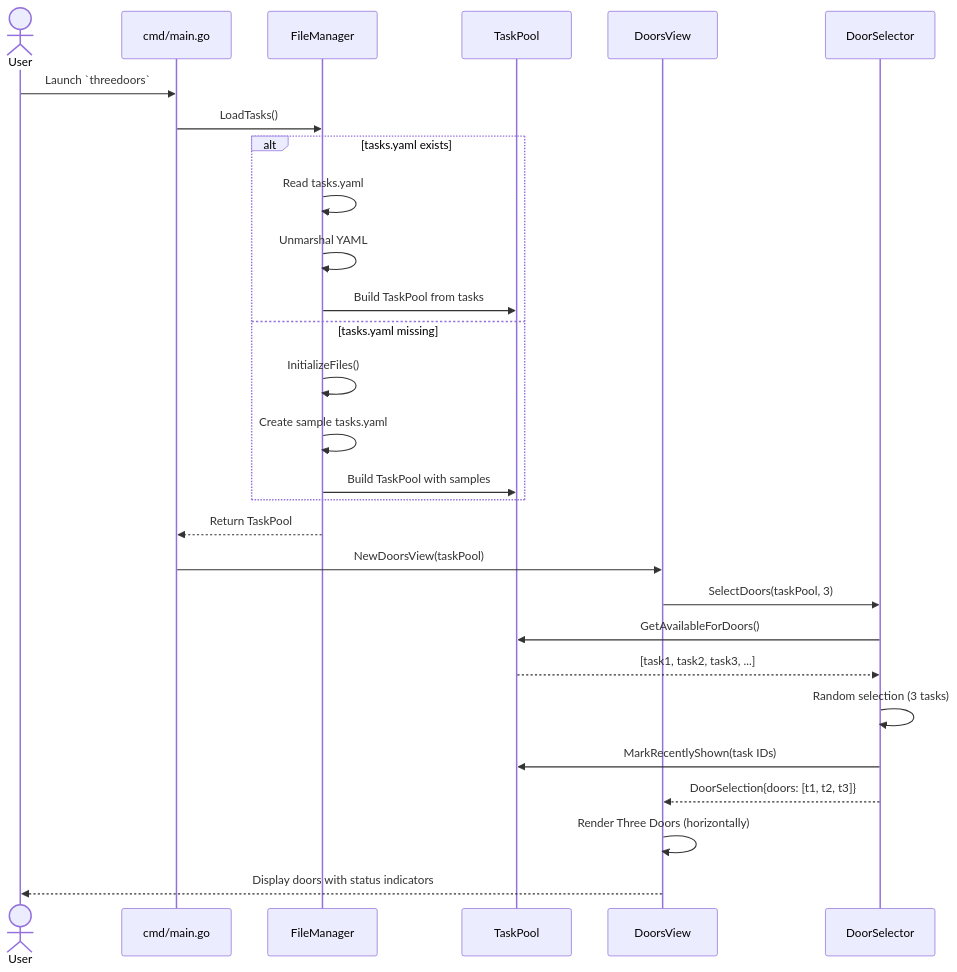
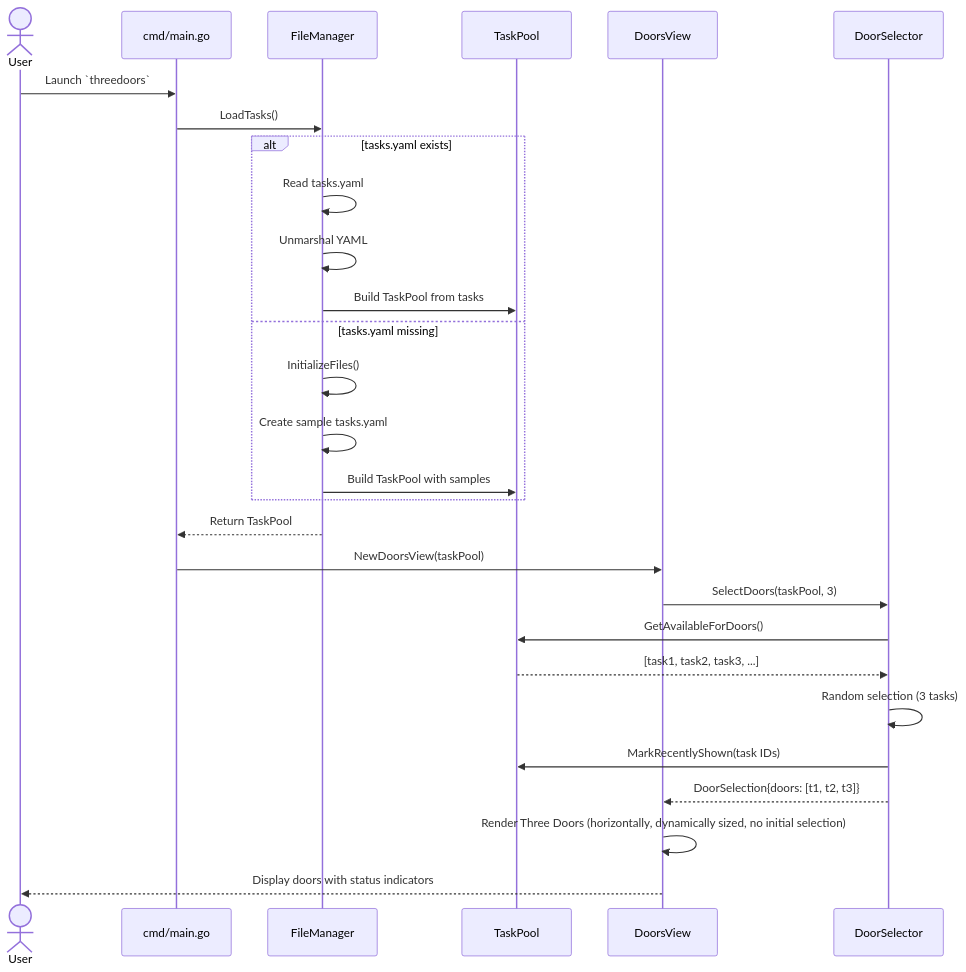
The first of 6 diagrams in docs/architecture/core-workflows.md (arcaven/ThreeDoors), drawn with Mermaid before and after one commit. The commit also changed other lines of this file and 6 other files, not shown here.

First line of the commit message:
docs: Update PRD, Architecture, and Story 1.2 with user feedback changes

````diff
--- a/docs/architecture/core-workflows.md
+++ b/docs/architecture/core-workflows.md
@@ -5,33 +5,33 @@
 ```mermaid
 sequenceDiagram
     actor User
     participant Main as cmd/main.go
     participant FM as FileManager
     participant TP as TaskPool
     participant DV as DoorsView
     participant DS as DoorSelector
 
     User->>Main: Launch `threedoors`
     Main->>FM: LoadTasks()
 
     alt tasks.yaml exists
         FM->>FM: Read tasks.yaml
         FM->>FM: Unmarshal YAML
         FM->>TP: Build TaskPool from tasks
     else tasks.yaml missing
         FM->>FM: InitializeFiles()
         FM->>FM: Create sample tasks.yaml
         FM->>TP: Build TaskPool with samples
     end
 
     FM-->>Main: Return TaskPool
     Main->>DV: NewDoorsView(taskPool)
     DV->>DS: SelectDoors(taskPool, 3)
     DS->>TP: GetAvailableForDoors()
     TP-->>DS: [task1, task2, task3, ...]
     DS->>DS: Random selection (3 tasks)
     DS->>TP: MarkRecentlyShown(task IDs)
     DS-->>DV: DoorSelection{doors: [t1, t2, t3]}
-    DV->>DV: Render Three Doors (horizontally)
+    DV->>DV: Render Three Doors (horizontally, dynamically sized, no initial selection)
     DV-->>User: Display doors with status indicators
 ```
````
